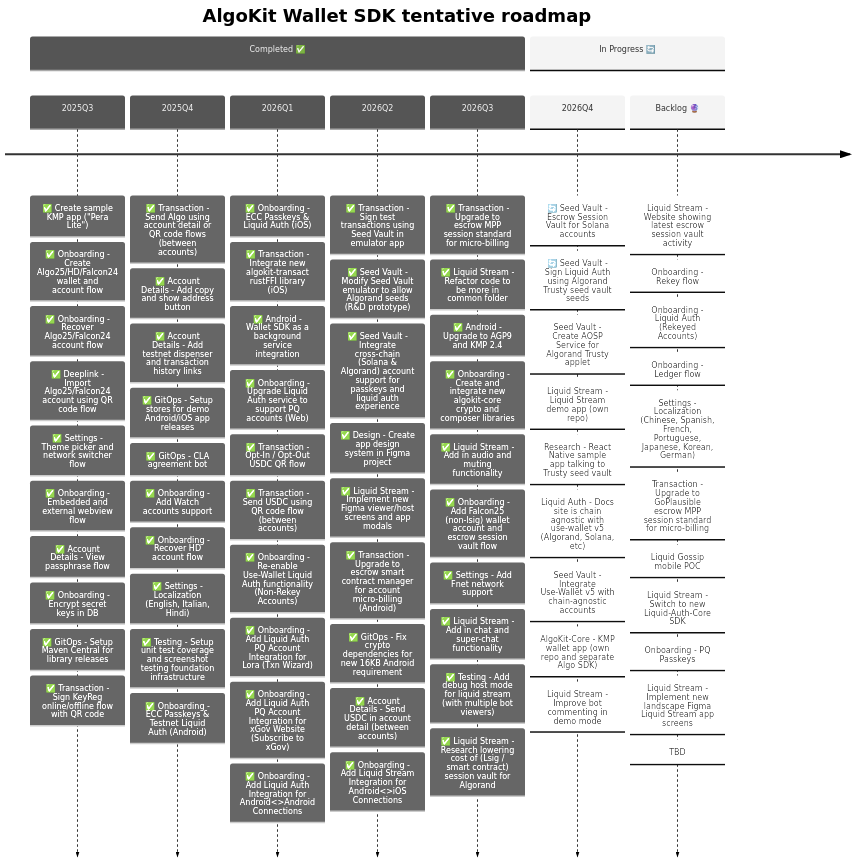
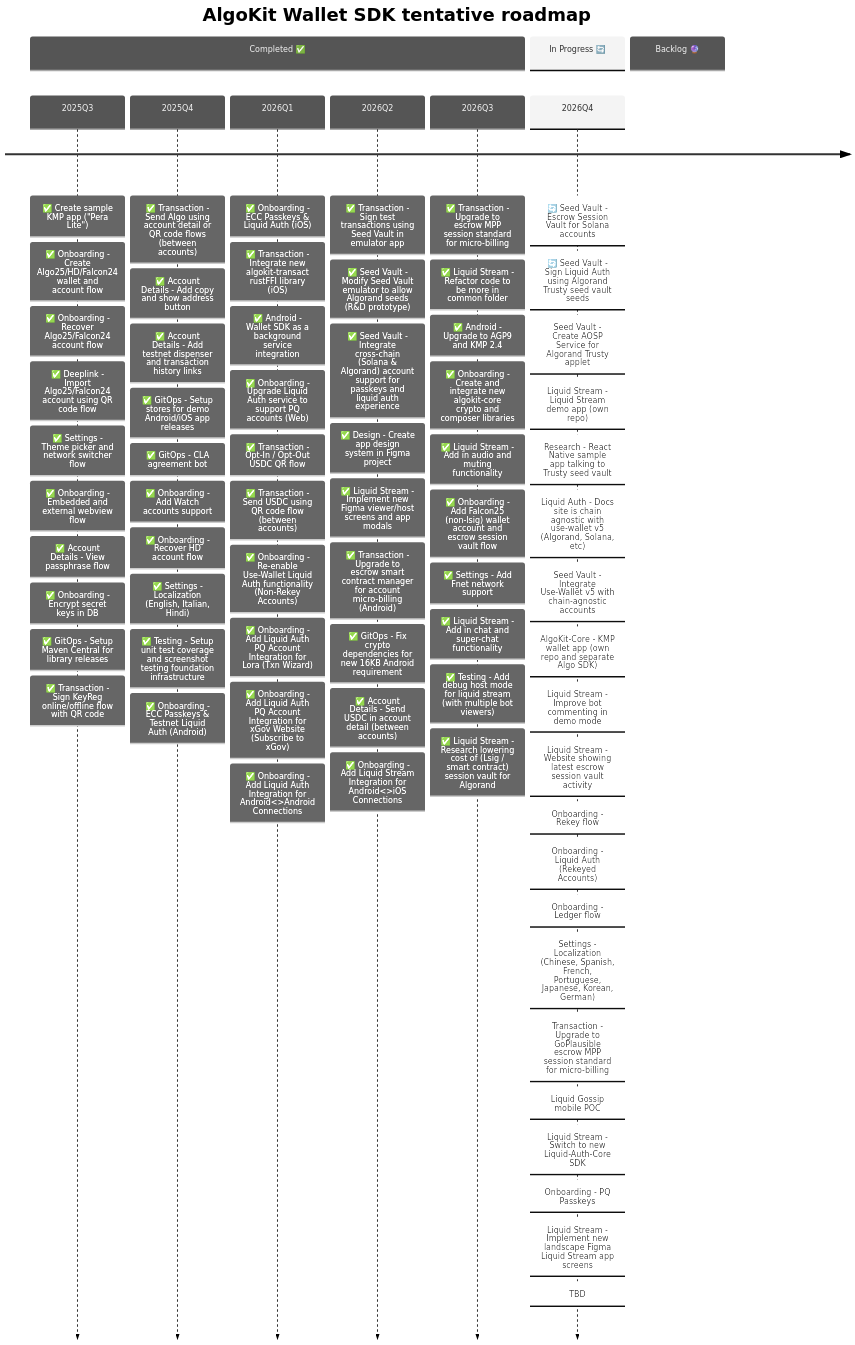
The second of 3 diagrams in README.md (michaeltchuangllc/algokit-walletsdk-kmp), drawn with Mermaid before and after one commit.

Commit message:
docs: fix roadmap

```diff
--- a/README.md
+++ b/README.md
@@ -141,7 +141,7 @@
              : AlgoKit-Core - KMP wallet app (own repo and separate Algo SDK)
              : Liquid Stream - Improve bot commenting in demo mode
 
-    Backlog 🔮
+    section Backlog 🔮
             : Liquid Stream - Website showing latest escrow session vault activity
             : Onboarding - Rekey flow
             : Onboarding - Liquid Auth (Rekeyed Accounts)
```
